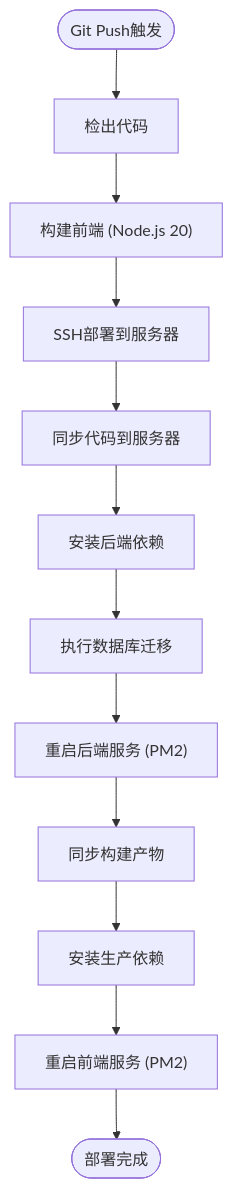
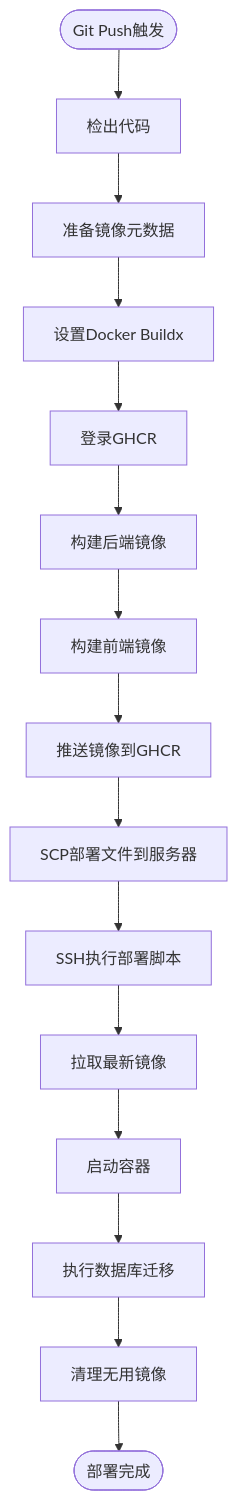
The fifth of 6 diagrams in .qoder/repowiki/zh/content/部署与运维/生产环境部署.md (breeze-lyf/ai-stock-advisor), drawn with Mermaid before and after one commit. The commit also changed other lines of this file and 10 other files, not shown here.

````diff
--- a/.qoder/repowiki/zh/content/部署与运维/生产环境部署.md
+++ b/.qoder/repowiki/zh/content/部署与运维/生产环境部署.md
@@ -310,14 +340,17 @@
 ```mermaid
 flowchart TD
 Start(["Git Push触发"]) --> Checkout["检出代码"]
-Checkout --> BuildFrontend["构建前端 (Node.js 20)"]
-BuildFrontend --> DeployServer["SSH部署到服务器"]
-DeployServer --> SyncCode["同步代码到服务器"]
-SyncCode --> InstallDeps["安装后端依赖"]
-InstallDeps --> RunMigration["执行数据库迁移"]
-RunMigration --> RestartBackend["重启后端服务 (PM2)"]
-RestartBackend --> SyncAssets["同步构建产物"]
-SyncAssets --> InstallProdDeps["安装生产依赖"]
-InstallProdDeps --> RestartFrontend["重启前端服务 (PM2)"]
-RestartFrontend --> Finish(["部署完成"])
+Checkout --> BuildMeta["准备镜像元数据"]
+BuildMeta --> SetupBuildx["设置Docker Buildx"]
+SetupBuildx --> LoginGHCR["登录GHCR"]
+LoginGHCR --> BuildBackend["构建后端镜像"]
+BuildBackend --> BuildFrontend["构建前端镜像"]
+BuildFrontend --> PushImages["推送镜像到GHCR"]
+PushImages --> SCPFiles["SCP部署文件到服务器"]
+SCPFiles --> SSHDeploy["SSH执行部署脚本"]
+SSHDeploy --> PullImages["拉取最新镜像"]
+PullImages --> StartContainers["启动容器"]
+StartContainers --> RunMigrations["执行数据库迁移"]
+RunMigrations --> PruneImages["清理无用镜像"]
+PruneImages --> Finish(["部署完成"])
 ```
````
